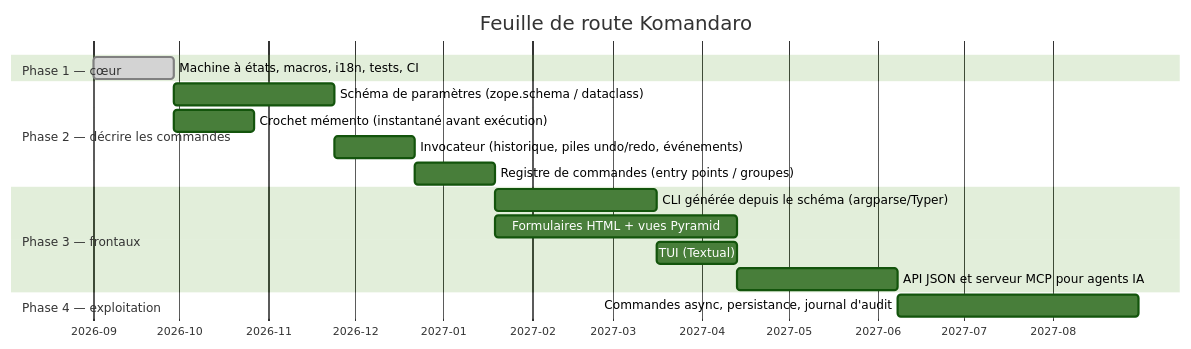
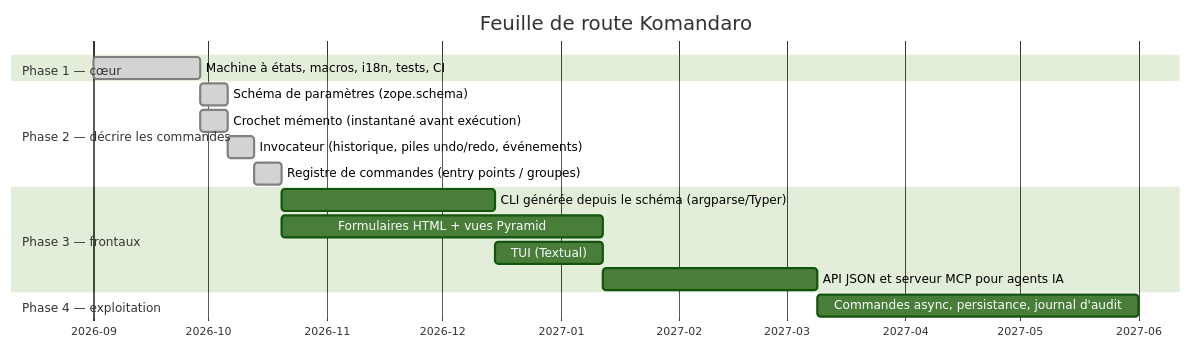
Before and after one commit to michaellaunay/komandaro: the eighth of 8 diagrams in docs/fr/architecture.md, drawn with Mermaid (forest theme). The commit also changed other lines of this file and 17 other files, not shown here.

Commit message:
feat(komandaro): décrire les commandes, phase 2 (schéma, mémento, registre, invocateur)

````diff
--- a/docs/fr/architecture.md
+++ b/docs/fr/architecture.md
@@ -281,20 +429,20 @@
 ```mermaid
 gantt
     title Feuille de route Komandaro
     dateFormat  YYYY-MM
     axisFormat  %Y-%m
     section Phase 1 — cœur
     Machine à états, macros, i18n, tests, CI          :done, p1, 2026-09, 4w
     section Phase 2 — décrire les commandes
-    Schéma de paramètres (zope.schema / dataclass)    :p2a, after p1, 8w
-    Crochet mémento (instantané avant exécution)      :p2b, after p1, 4w
-    Invocateur (historique, piles undo/redo, événements) :p2c, after p2a, 4w
-    Registre de commandes (entry points / groupes)    :p2d, after p2c, 4w
+    Schéma de paramètres (zope.schema)                :done, p2a, after p1, 1w
+    Crochet mémento (instantané avant exécution)      :done, p2b, after p1, 1w
+    Invocateur (historique, piles undo/redo, événements) :done, p2c, after p2a, 1w
+    Registre de commandes (entry points / groupes)    :done, p2d, after p2c, 1w
     section Phase 3 — frontaux
     CLI générée depuis le schéma (argparse/Typer)     :p3a, after p2d, 8w
     Formulaires HTML + vues Pyramid                   :p3b, after p2d, 12w
     TUI (Textual)                                     :p3c, after p3a, 4w
     API JSON et serveur MCP pour agents IA            :p3d, after p3b, 8w
     section Phase 4 — exploitation
     Commandes async, persistance, journal d'audit     :p4, after p3d, 12w
 ```
````
